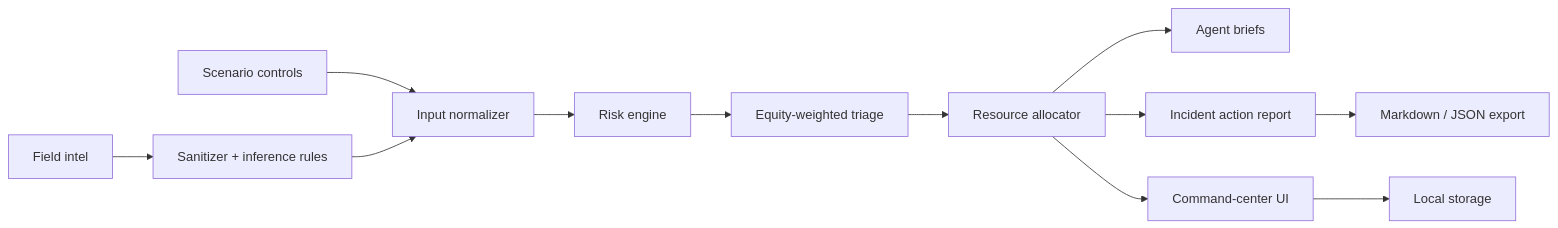
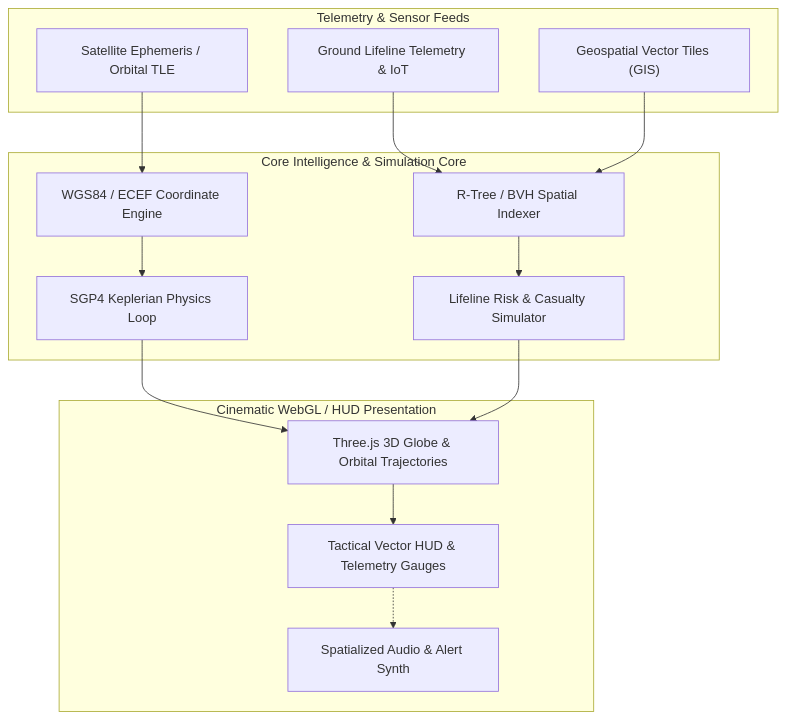
Before and after one commit to shauryamalhotra957-wq/aegis-atlas: the first of 3 diagrams in docs/ARCHITECTURE.md, drawn with Mermaid. The commit also changed other lines of this file, not shown here.

Commit message:
docs(architecture): document geospatial data fabric, render sequence, and alert lifecycle

````diff
--- a/docs/ARCHITECTURE.md
+++ b/docs/ARCHITECTURE.md
@@ -5,14 +8,31 @@
 ```mermaid
-flowchart LR
-  A["Scenario controls"] --> B["Input normalizer"]
-  C["Field intel"] --> D["Sanitizer + inference rules"]
-  D --> B
-  B --> E["Risk engine"]
-  E --> F["Equity-weighted triage"]
-  F --> G["Resource allocator"]
-  G --> H["Agent briefs"]
-  G --> I["Incident action report"]
-  G --> J["Command-center UI"]     
-  J --> K["Local storage"]
-  I --> L["Markdown / JSON export"]
+flowchart TD
+    subgraph DataIngestion["Telemetry & Sensor Feeds"]
+        SatStream["Satellite Ephemeris / Orbital TLE"]
+        GroundSensors["Ground Lifeline Telemetry & IoT"]
+        GeoJSON["Geospatial Vector Tiles (GIS)"]
+    end
+
+    subgraph CommandCore["Core Intelligence & Simulation Core"]
+        CoordEngine["WGS84 / ECEF Coordinate Engine"]
+        SpatialIndex["R-Tree / BVH Spatial Indexer"]
+        CrisisEvaluator["Lifeline Risk & Casualty Simulator"]
+        OrbitalPropagator["SGP4 Keplerian Physics Loop"]
+    end
+
+    subgraph Presentation["Cinematic WebGL / HUD Presentation"]
+        ThreeCanvas["Three.js 3D Globe & Orbital Trajectories"]
+        HUDOverlay["Tactical Vector HUD & Telemetry Gauges"]
+        AudioEngine["Spatialized Audio & Alert Synth"]
+    end
+
+    SatStream --> CoordEngine
+    GroundSensors --> SpatialIndex
+    GeoJSON --> SpatialIndex
+    CoordEngine --> OrbitalPropagator
+    SpatialIndex --> CrisisEvaluator
+    OrbitalPropagator --> ThreeCanvas
+    CrisisEvaluator --> ThreeCanvas
+    ThreeCanvas --> HUDOverlay
+    HUDOverlay -.-> AudioEngine
 ```
````
